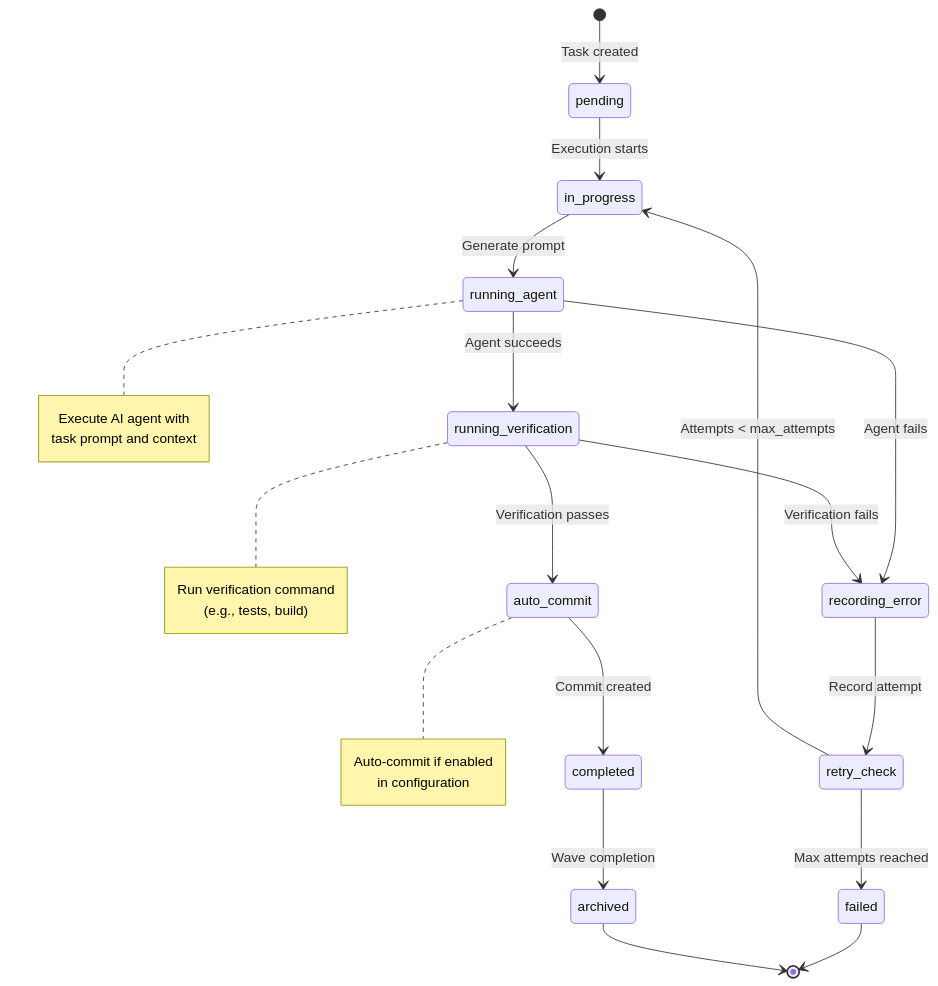
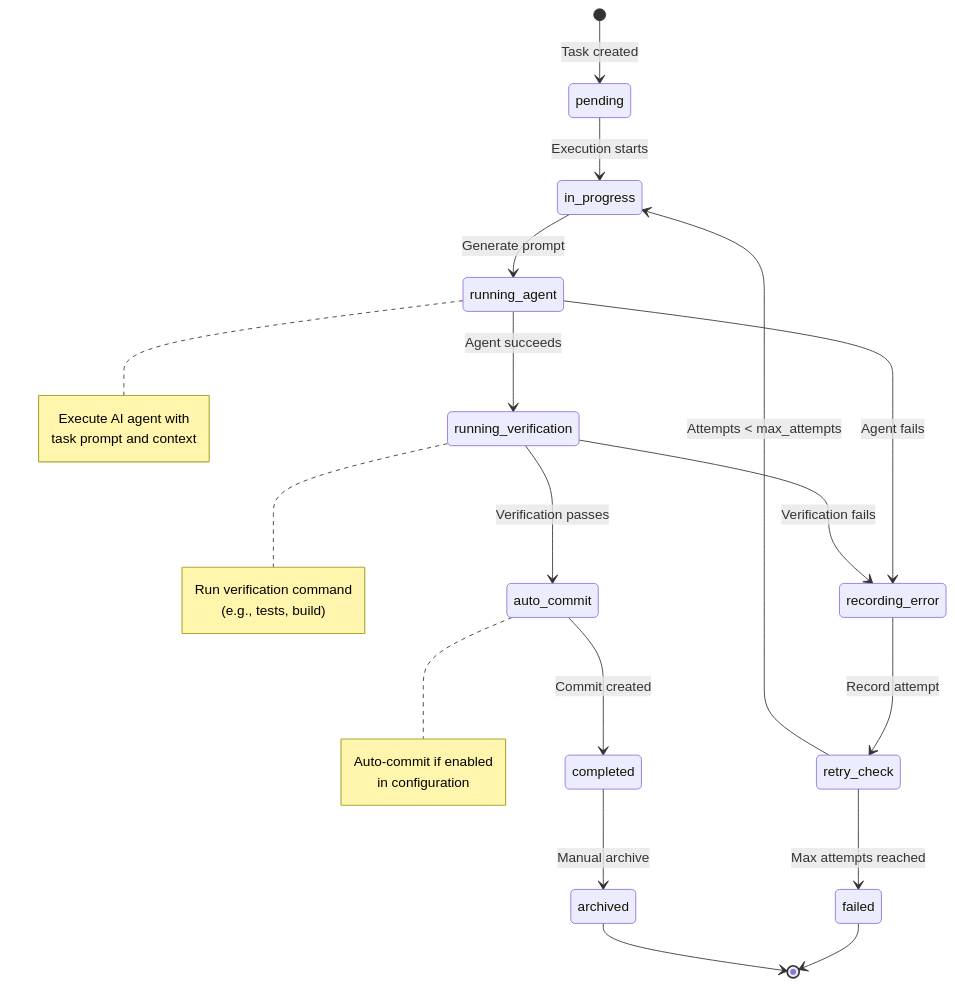
Before and after one commit to ceffo/devloop: the diagram in docs/diagrams/task-execution.md, drawn with Mermaid. The commit also changed other lines of this file and 46 other files, not shown here.

````diff
--- a/docs/diagrams/task-execution.md
+++ b/docs/diagrams/task-execution.md
@@ -5,38 +5,38 @@
 ```mermaid
 stateDiagram-v2
     [*] --> pending: Task created
     
     pending --> in_progress: Execution starts
     
     in_progress --> running_agent: Generate prompt
     running_agent --> running_verification: Agent succeeds
     running_agent --> recording_error: Agent fails
     
     running_verification --> auto_commit: Verification passes
     running_verification --> recording_error: Verification fails
     
     auto_commit --> completed: Commit created
     
     recording_error --> retry_check: Record attempt
     retry_check --> in_progress: Attempts < max_attempts
     retry_check --> failed: Max attempts reached
     
-    completed --> archived: Wave completion
+    completed --> archived: Manual archive
     failed --> [*]
     archived --> [*]
     
     note right of running_agent
         Execute AI agent with
         task prompt and context
     end note
     
     note right of running_verification
         Run verification command
         (e.g., tests, build)
     end note
     
     note right of auto_commit
         Auto-commit if enabled
         in configuration
     end note
 ```
````
